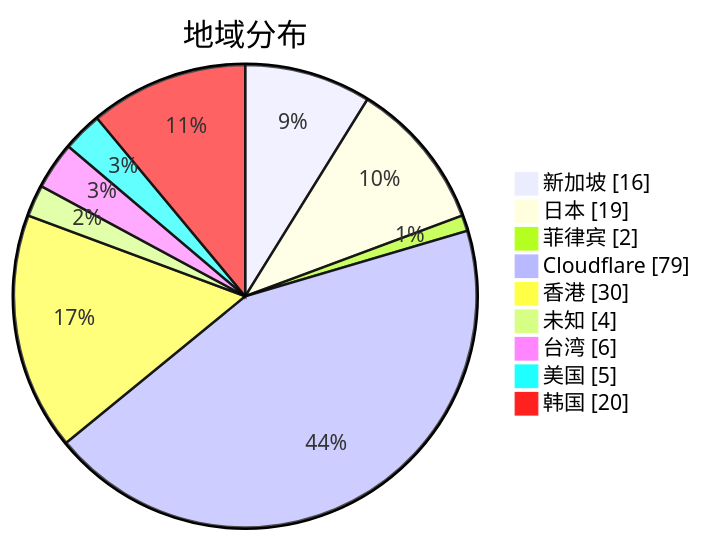
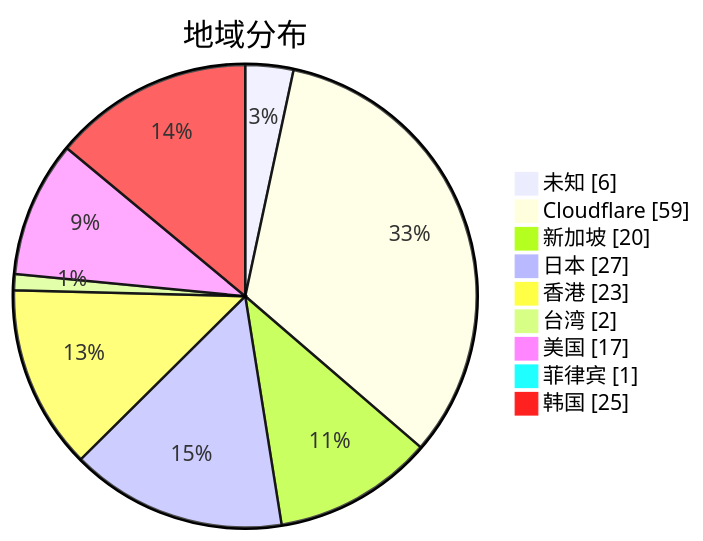
Before and after one commit to qjlxg/airport: the second of 3 diagrams in subs/statistics/tested_within.md, drawn with Mermaid. The commit also changed other lines of this file and 2 other files, not shown here.

````diff
--- a/subs/statistics/tested_within.md
+++ b/subs/statistics/tested_within.md
@@ -12,13 +12,13 @@
 ```mermaid
 pie showData
 title 地域分布
-"新加坡" : 16
-"日本" : 19
-"菲律宾" : 2
-"Cloudflare" : 79
-"香港" : 30
-"未知" : 4
-"台湾" : 6
-"美国" : 5
-"韩国" : 20
+"未知" : 6
+"Cloudflare" : 59
+"新加坡" : 20
+"日本" : 27
+"香港" : 23
+"台湾" : 2
+"美国" : 17
+"菲律宾" : 1
+"韩国" : 25
 ```
````
